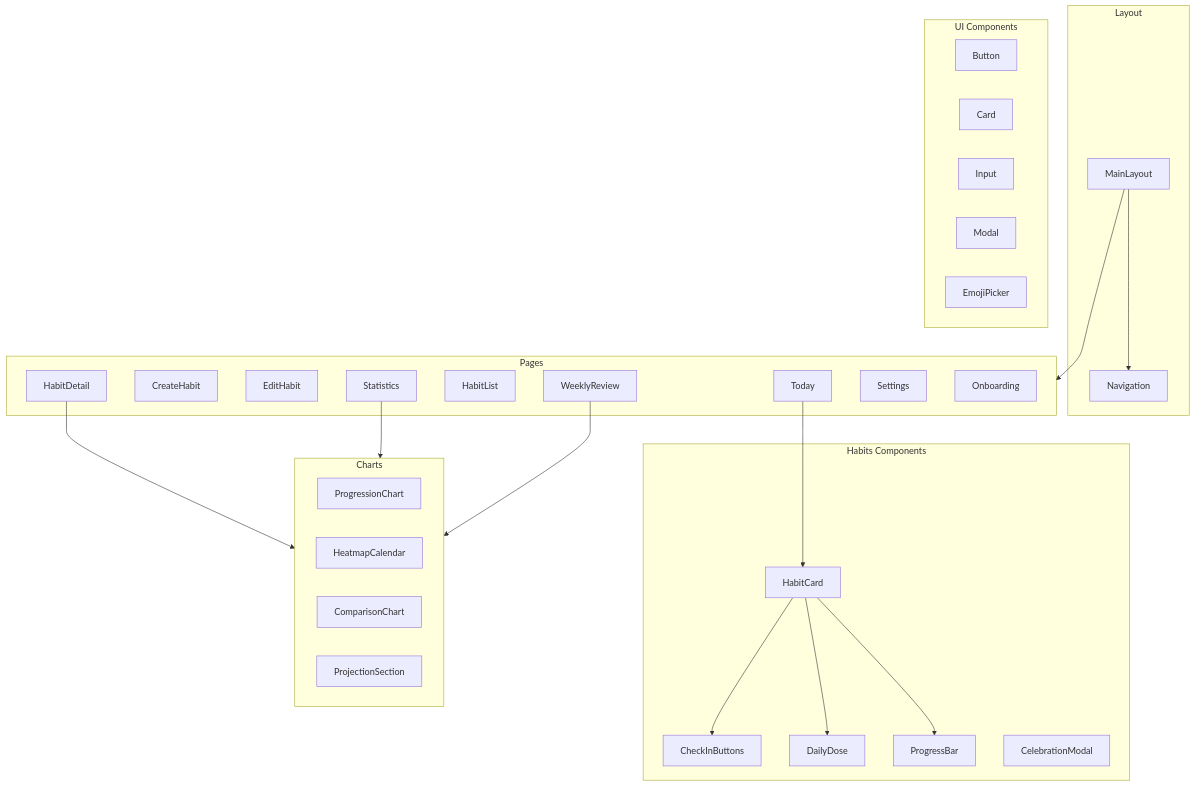
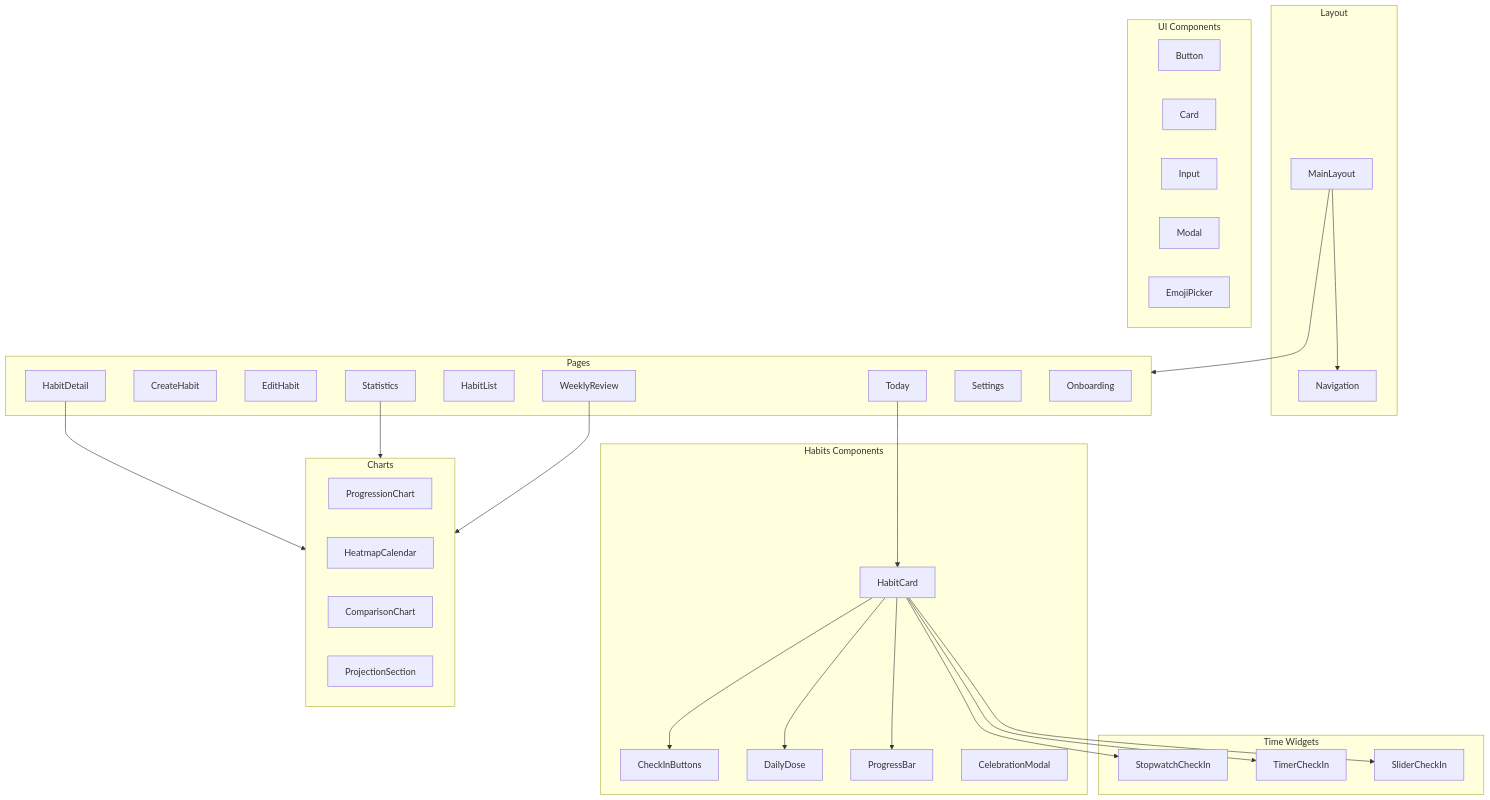
The eighth of 15 diagrams in docs/ARCHITECTURE.md (julien-riel/doucement), drawn with Mermaid before and after one commit. The commit also changed other lines of this file and 6 other files, not shown here.

````diff
--- a/docs/ARCHITECTURE.md
+++ b/docs/ARCHITECTURE.md
@@ -349,54 +355,63 @@
 ```mermaid
 graph TB
     subgraph "Layout"
         MainLayout[MainLayout]
         Nav[Navigation]
     end
 
     subgraph "Pages"
         Today[Today]
         CreateHabit[CreateHabit]
         EditHabit[EditHabit]
         HabitDetail[HabitDetail]
         HabitList[HabitList]
         Statistics[Statistics]
         WeeklyReview[WeeklyReview]
         Settings[Settings]
         Onboarding[Onboarding]
     end
 
     subgraph "Habits Components"
         HabitCard[HabitCard]
         CheckInButtons[CheckInButtons]
         DailyDose[DailyDose]
         ProgressBar[ProgressBar]
         CelebrationModal[CelebrationModal]
     end
 
+    subgraph "Time Widgets"
+        StopwatchCheckIn[StopwatchCheckIn]
+        TimerCheckIn[TimerCheckIn]
+        SliderCheckIn[SliderCheckIn]
+    end
+
     subgraph "Charts"
         ProgressionChart[ProgressionChart]
         HeatmapCalendar[HeatmapCalendar]
         ComparisonChart[ComparisonChart]
         ProjectionSection[ProjectionSection]
     end
 
     subgraph "UI Components"
         Button[Button]
         Card[Card]
         Input[Input]
         Modal[Modal]
         EmojiPicker[EmojiPicker]
     end
 
     MainLayout --> Nav
     MainLayout --> Pages
 
     Today --> HabitCard
     HabitCard --> CheckInButtons
+    HabitCard --> StopwatchCheckIn
+    HabitCard --> TimerCheckIn
+    HabitCard --> SliderCheckIn
     HabitCard --> DailyDose
     HabitCard --> ProgressBar
 
     HabitDetail --> Charts
     Statistics --> Charts
     WeeklyReview --> Charts
 ```
````
